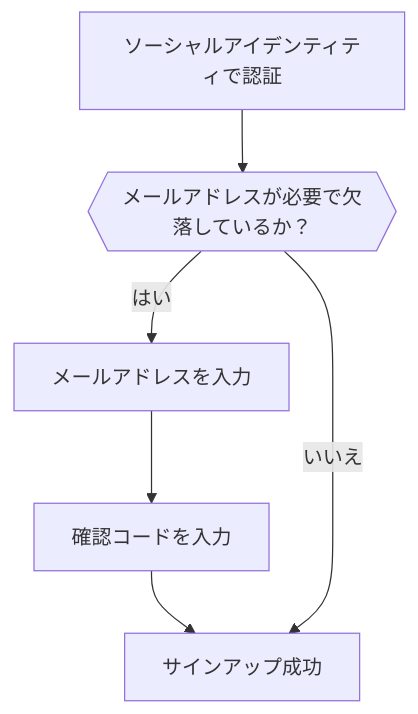
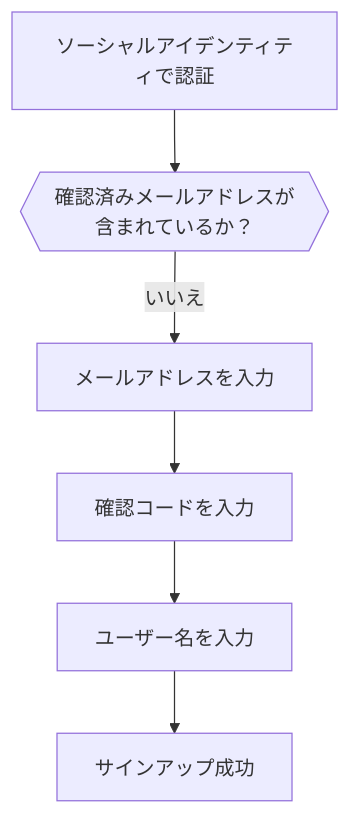
The fifth of 6 diagrams in i18n/ja/docusaurus-plugin-content-docs/current/end-user-flows/sign-up-and-sign-in/social-sign-in.mdx (logto-io/docs), drawn with Mermaid before and after one commit. The commit also changed other lines of this file and 407 other files, not shown here.

````diff
--- a/i18n/ja/docusaurus-plugin-content-docs/current/end-user-flows/sign-up-and-sign-in/social-sign-in.mdx
+++ b/i18n/ja/docusaurus-plugin-content-docs/current/end-user-flows/sign-up-and-sign-in/social-sign-in.mdx
@@ -146,8 +146,8 @@
    ```mermaid
    flowchart TD
-      A[ソーシャルアイデンティティで認証] --> B{{メールアドレスが必要で欠落しているか？}}
-      B -- はい --> C[メールアドレスを入力]
+      A[ソーシャルアイデンティティで認証] --> B{{確認済みメールアドレスが含まれているか？}}
+      B -- いいえ --> C[メールアドレスを入力]
       C --> D[確認コードを入力]
-      D --> E[サインアップ成功]
-      B -- いいえ --> E
+      D --> E[ユーザー名を入力]
+      E --> F[サインアップ成功]
    ```
````
